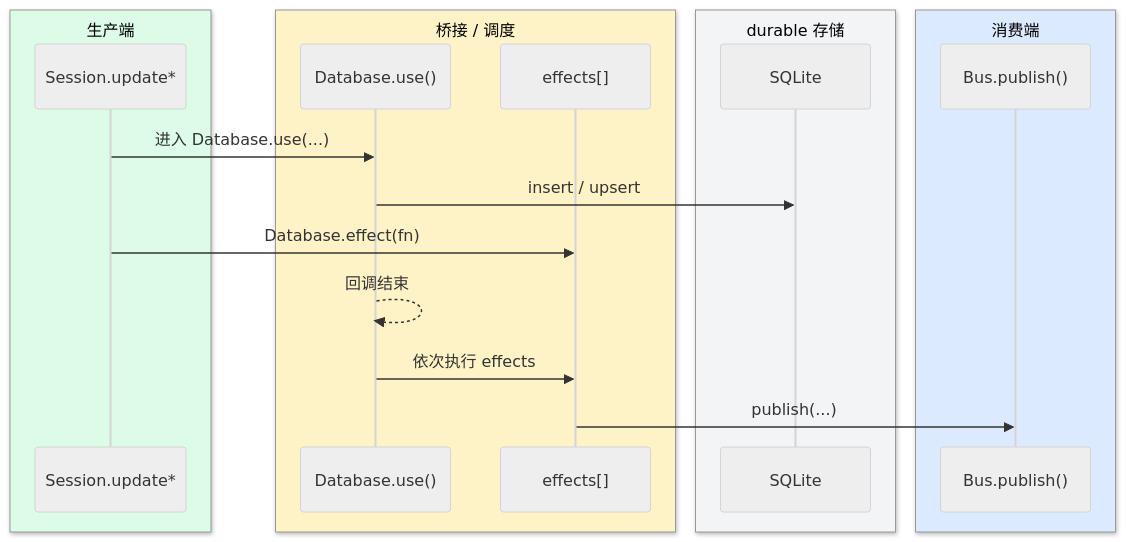
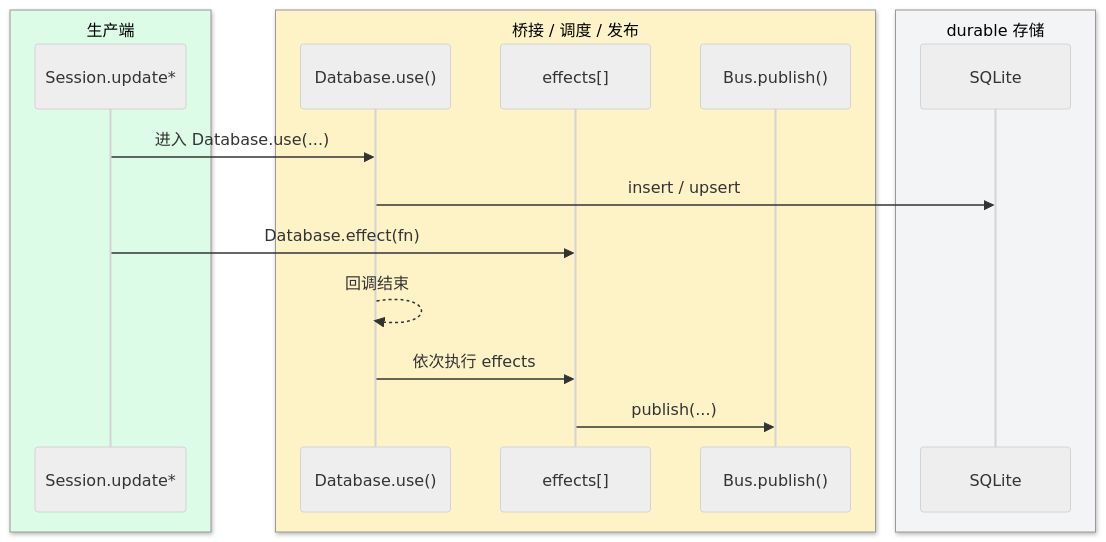
The sixth of 22 diagrams in opencode_kickoff/A07-durable-state.md (feuyeux/agent-study), drawn with Mermaid (neutral theme) before and after one commit. The commit also changed other lines of this file, not shown here.

Commit message:
docs(opencode_kickoff): unify A07 diagram colors

````diff
--- a/opencode_kickoff/A07-durable-state.md
+++ b/opencode_kickoff/A07-durable-state.md
@@ -287,23 +286,21 @@
 ```mermaid
 sequenceDiagram
     box rgb(220,252,231) 生产端
     participant Caller as Session.update*
     end
-    box rgb(254,243,199) 桥接 / 调度
+    box rgb(254,243,199) 桥接 / 调度 / 发布
     participant DB as Database.use()
     participant Effect as effects[]
+    participant Bus as Bus.publish()
     end
     box rgb(243,244,246) durable 存储
     participant SQL as SQLite
-    end
-    box rgb(219,234,254) 消费端
-    participant Bus as Bus.publish()
     end
 
     Caller->>DB: 进入 Database.use(...)
     DB->>SQL: insert / upsert
     Caller->>Effect: Database.effect(fn)
     DB-->>DB: 回调结束
     DB->>Effect: 依次执行 effects
     Effect->>Bus: publish(...)
 ```
````
